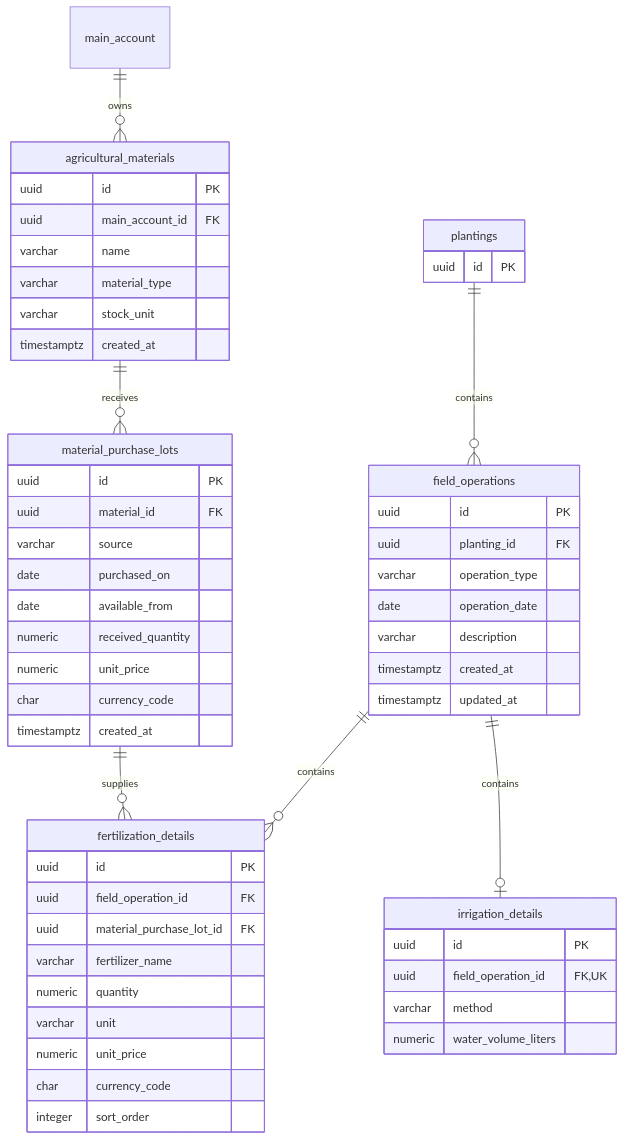
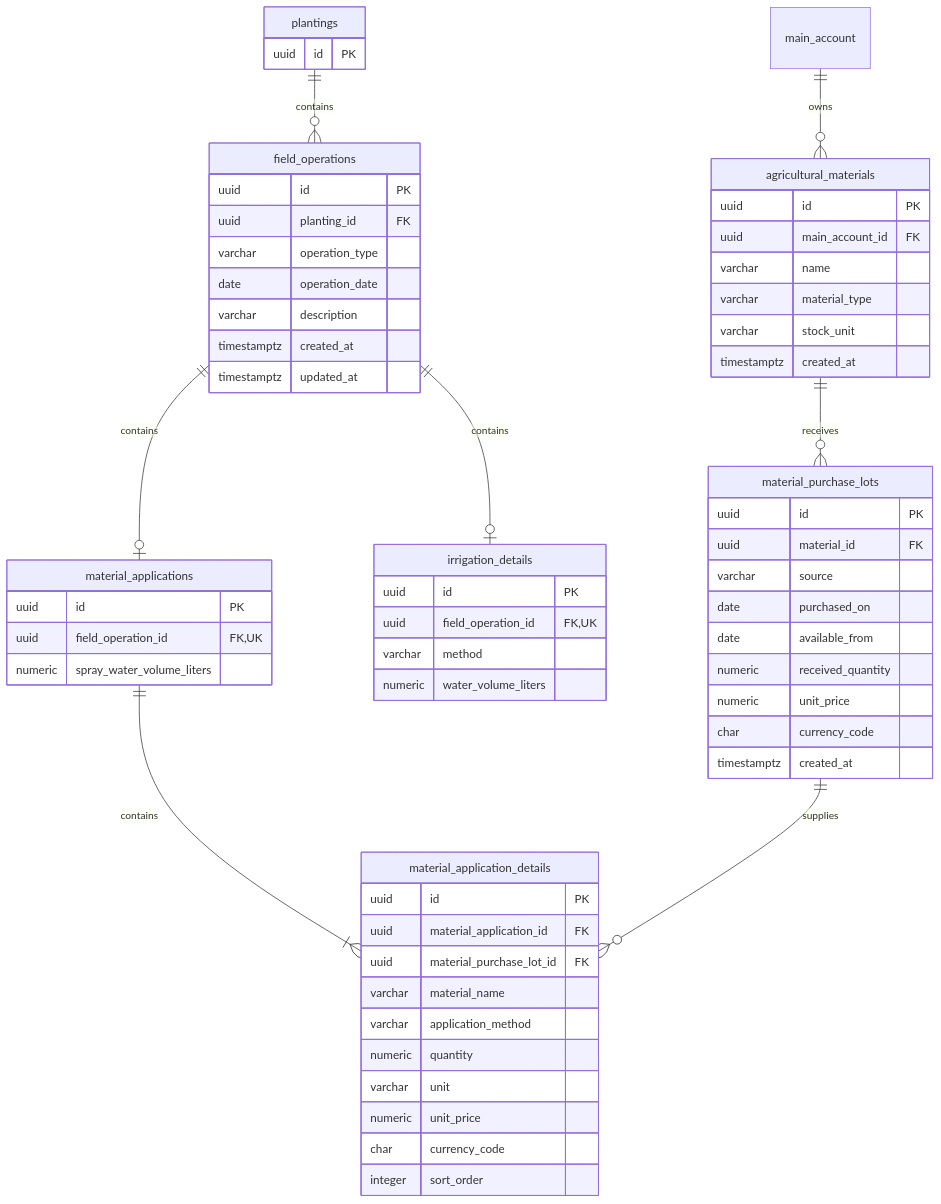
One commit to HanChiYang/crop-pilot changed the first of 2 diagrams in docs/design/first-desktop-slice-database.md. Above: the diagram before and after it, drawn with Mermaid. The commit also changed other lines of this file and 59 other files, not shown here.

Commit message:
Unify fertilizer and pesticide material applications

````diff
--- a/docs/design/first-desktop-slice-database.md
+++ b/docs/design/first-desktop-slice-database.md
@@ -226,57 +245,64 @@
 ```mermaid
 erDiagram
     main_account ||--o{ agricultural_materials : owns
     agricultural_materials ||--o{ material_purchase_lots : receives
-    material_purchase_lots ||--o{ fertilization_details : supplies
     plantings ||--o{ field_operations : contains
-    field_operations ||--o{ fertilization_details : contains
     field_operations ||--o| irrigation_details : contains
+    field_operations ||--o| material_applications : contains
+    material_applications ||--|{ material_application_details : contains
+    material_purchase_lots ||--o{ material_application_details : supplies
     plantings {
         uuid id PK
     }
     field_operations {
         uuid id PK
         uuid planting_id FK
         varchar operation_type
         date operation_date
         varchar description
         timestamptz created_at
         timestamptz updated_at
     }
-    fertilization_details {
+    irrigation_details {
         uuid id PK
-        uuid field_operation_id FK
+        uuid field_operation_id FK, UK
+        varchar method
+        numeric water_volume_liters
+    }
+    material_applications {
+        uuid id PK
+        uuid field_operation_id FK, UK
+        numeric spray_water_volume_liters
+    }
+    material_application_details {
+        uuid id PK
+        uuid material_application_id FK
         uuid material_purchase_lot_id FK
-        varchar fertilizer_name
+        varchar material_name
+        varchar application_method
         numeric quantity
         varchar unit
         numeric unit_price
         char currency_code
         integer sort_order
-    }
-    irrigation_details {
-        uuid id PK
-        uuid field_operation_id FK, UK
-        varchar method
-        numeric water_volume_liters
     }
     agricultural_materials {
         uuid id PK
         uuid main_account_id FK
         varchar name
         varchar material_type
         varchar stock_unit
         timestamptz created_at
     }
     material_purchase_lots {
         uuid id PK
         uuid material_id FK
         varchar source
         date purchased_on
         date available_from
         numeric received_quantity
         numeric unit_price
         char currency_code
         timestamptz created_at
     }
 ```
````
